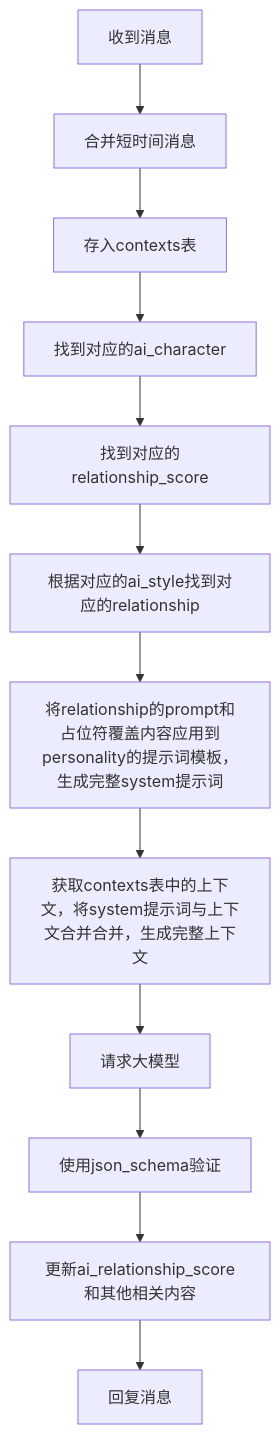
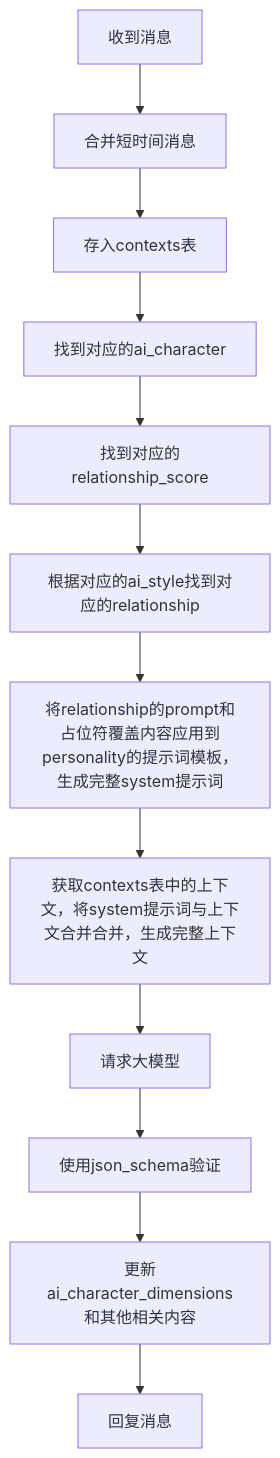
One commit to Monopink/ailo changed the second of 2 diagrams in docs/prototype/ai-chat.md. Above: the diagram before and after it, drawn with Mermaid. The commit also changed other lines of this file and 148 other files, not shown here.

````diff
--- a/docs/prototype/ai-chat.md
+++ b/docs/prototype/ai-chat.md
@@ -19,14 +19,14 @@
 ```mermaid
 flowchart TB
     n1["收到消息"] --> n2["合并短时间消息"]
     n2 --> n3["存入contexts表"]
     n3 --> n4["找到对应的ai_character"]
     n4 --> n5["找到对应的relationship_score"]
     n5 --> n6["根据对应的ai_style找到对应的relationship"]
     n6 --> n7["将relationship的prompt和占位符覆盖内容应用到personality的提示词模板，生成完整system提示词"]
     n7 --> n8["获取contexts表中的上下文，将system提示词与上下文合并合并，生成完整上下文"]
     n8 --> n9["请求大模型"]
     n9 --> n11["使用json_schema验证"]
-    n11 --> n12["更新ai_relationship_score和其他相关内容"]
+    n11 --> n12["更新ai_character_dimensions和其他相关内容"]
     n12 --> n13["回复消息"]
 ```
````
